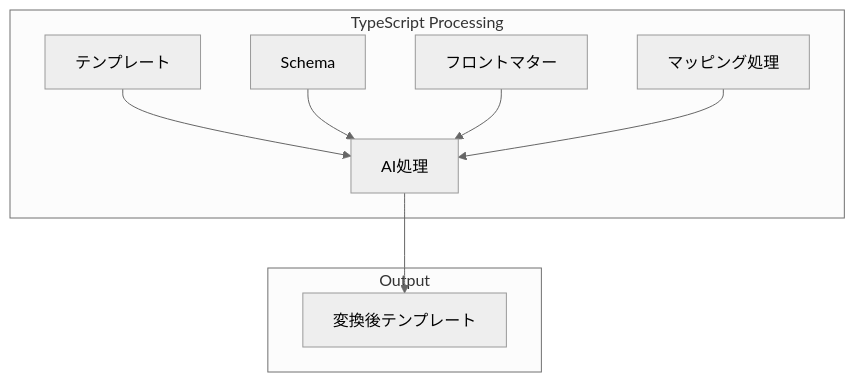
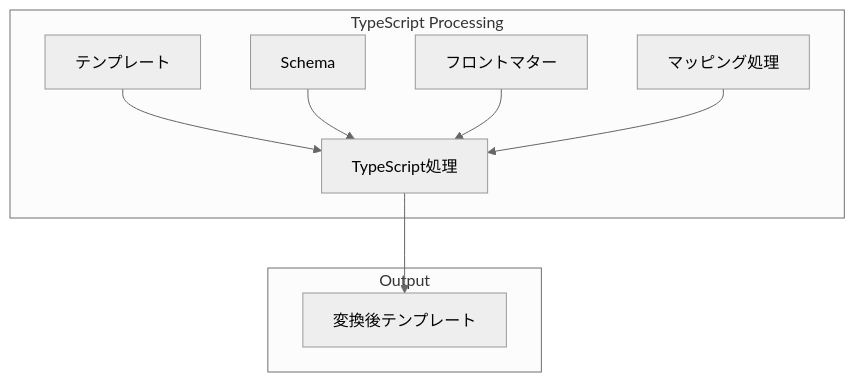
Before and after one commit to tettuan/frontmatter-to-schema: the second of 2 diagrams in docs/domain/architecture/ai-template-generation.md, drawn with Mermaid (neutral theme). The commit also changed other lines of this file and 16 other files, not shown here.

````diff
--- a/docs/domain/architecture/ai-template-generation.md
+++ b/docs/domain/architecture/ai-template-generation.md
@@ -511,20 +511,20 @@
 ```mermaid
 graph TD
     subgraph "TypeScript Processing"
         A[テンプレート]
         B[Schema]
         C[フロントマター]
         D[マッピング処理]
-        P[AI処理]
+        P[TypeScript処理]
     end
     
     subgraph "Output"
         O[変換後テンプレート]
     end
     
     A --> P
     B --> P
     C --> P
     D --> P
     P --> O
 ```
````
